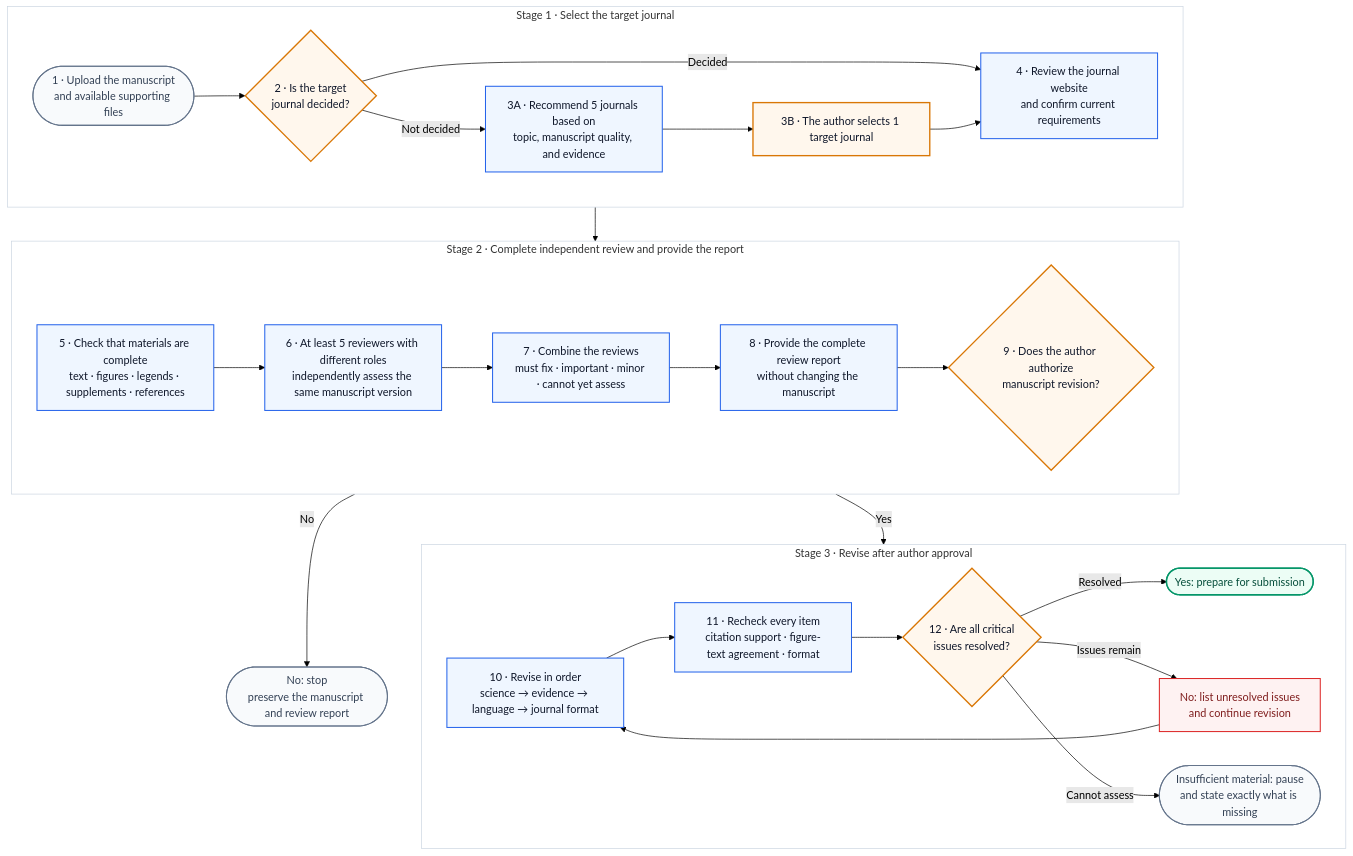
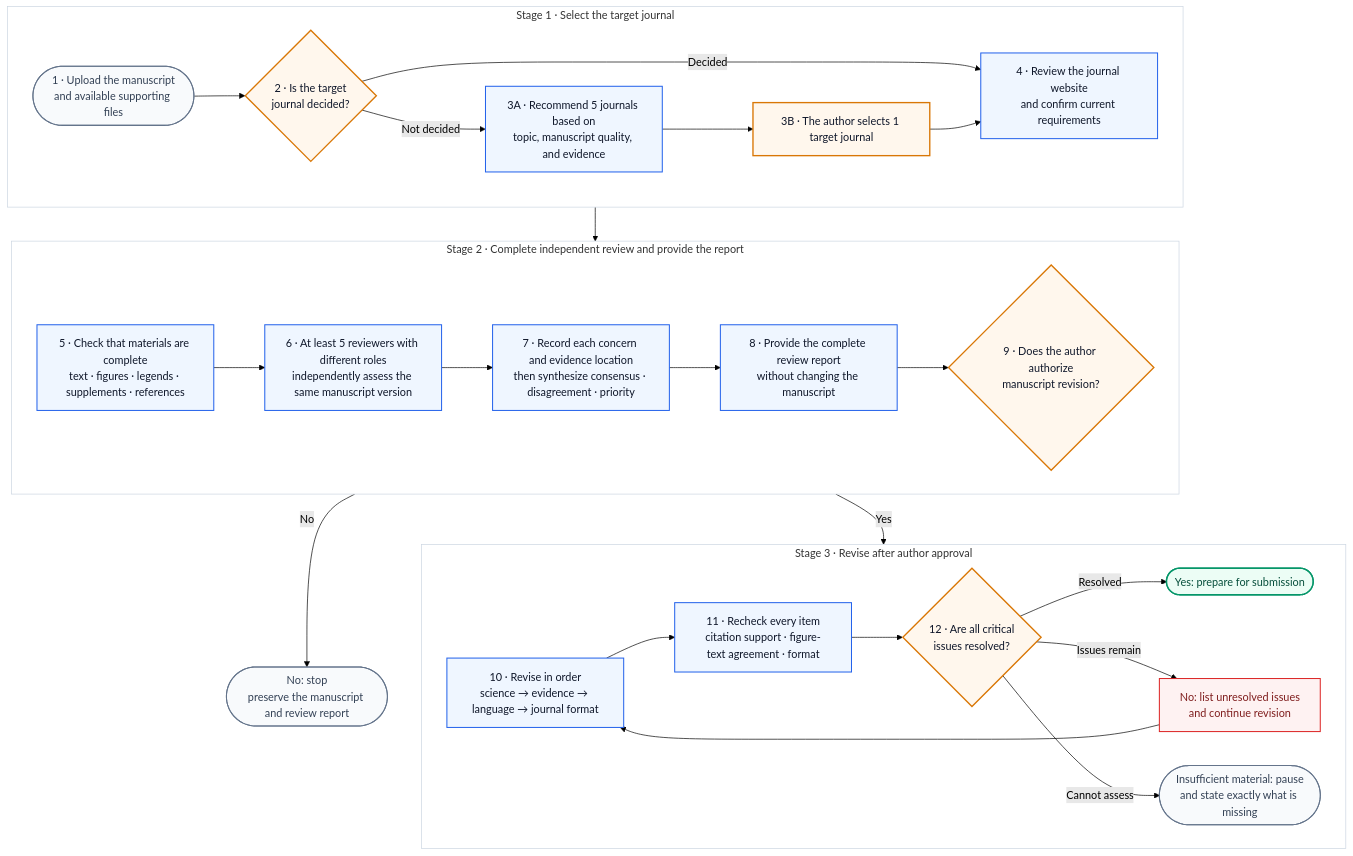
The diagram in README_EN.md (Jameslxr/manuscript-review-revision-skill), drawn with Mermaid (forest theme) before and after one commit. The commit also changed other lines of this file and 14 other files, not shown here.

````diff
--- a/README_EN.md
+++ b/README_EN.md
@@ -65,58 +65,58 @@
 ```mermaid
 flowchart TB
     START(["1 · Upload the manuscript<br/>and available supporting files"])
     TARGET{"2 · Is the target<br/>journal decided?"}
     REC["3A · Recommend 5 journals based on<br/>topic, manuscript quality, and evidence"]
     PICK["3B · The author selects 1 target journal"]
     RULES["4 · Review the journal website<br/>and confirm current requirements"]
     CHECK["5 · Check that materials are complete<br/>text · figures · legends · supplements · references"]
     REVIEW["6 · At least 5 reviewers with different roles<br/>independently assess the same manuscript version"]
-    SUMMARY["7 · Combine the reviews<br/>must fix · important · minor · cannot yet assess"]
+    SUMMARY["7 · Record each concern and evidence location<br/>then synthesize consensus · disagreement · priority"]
     REPORT["8 · Provide the complete review report<br/>without changing the manuscript"]
     AUTH{"9 · Does the author authorize<br/>manuscript revision?"}
     STOP(["No: stop<br/>preserve the manuscript and review report"])
     REVISE["10 · Revise in order<br/>science → evidence → language → journal format"]
     VERIFY["11 · Recheck every item<br/>citation support · figure-text agreement · format"]
     READY{"12 · Are all critical<br/>issues resolved?"}
     PASS(["Yes: prepare for submission"])
     RETURN["No: list unresolved issues<br/>and continue revision"]
     MISSING(["Insufficient material: pause<br/>and state exactly what is missing"])
 
     subgraph S1["Stage 1 · Select the target journal"]
         direction LR
         START --> TARGET
         TARGET -- "Decided" --> RULES
         TARGET -- "Not decided" --> REC --> PICK --> RULES
     end
 
     subgraph S2["Stage 2 · Complete independent review and provide the report"]
         direction LR
         CHECK --> REVIEW --> SUMMARY --> REPORT --> AUTH
     end
 
     subgraph S3["Stage 3 · Revise after author approval"]
         direction LR
         REVISE --> VERIFY --> READY
         READY -- "Resolved" --> PASS
         READY -- "Issues remain" --> RETURN --> REVISE
         READY -- "Cannot assess" --> MISSING
     end
 
     RULES --> CHECK
     AUTH -- "No" --> STOP
     AUTH -- "Yes" --> REVISE
 
     classDef user fill:#FFF7ED,stroke:#D97706,stroke-width:2px,color:#0F172A;
     classDef skill fill:#EFF6FF,stroke:#2563EB,stroke-width:1.5px,color:#0F172A;
     classDef success fill:#ECFDF5,stroke:#059669,stroke-width:2px,color:#064E3B;
     classDef stop fill:#F8FAFC,stroke:#64748B,stroke-width:1.5px,color:#334155;
     classDef problem fill:#FEF2F2,stroke:#DC2626,stroke-width:1.5px,color:#7F1D1D;
     class TARGET,PICK,AUTH,READY user;
     class REC,RULES,CHECK,REVIEW,SUMMARY,REPORT,REVISE,VERIFY skill;
     class PASS success;
     class START,STOP,MISSING stop;
     class RETURN problem;
     style S1 fill:#FFFFFF,stroke:#CBD5E1,stroke-width:1px
     style S2 fill:#FFFFFF,stroke:#CBD5E1,stroke-width:1px
     style S3 fill:#FFFFFF,stroke:#CBD5E1,stroke-width:1px
 ```
````
